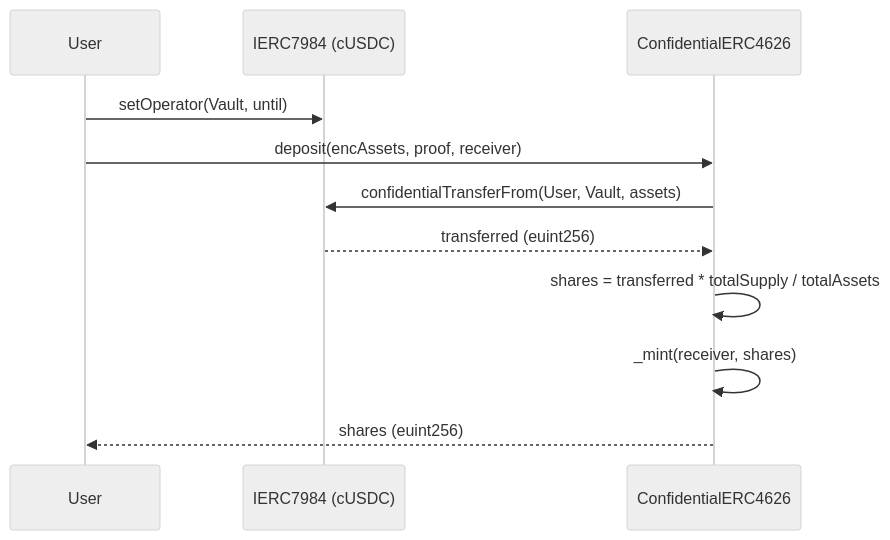
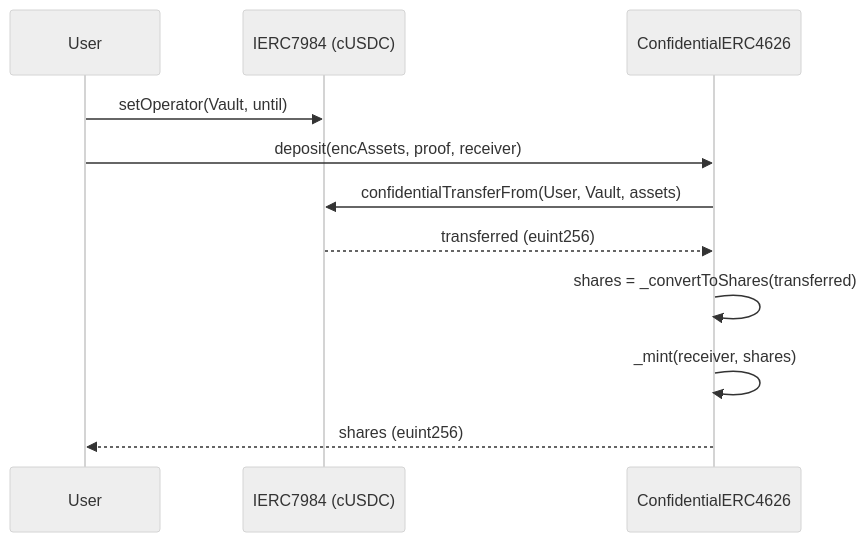
The first of 2 diagrams in cVault/contracts/README.md (iExec-Nox/nox-product-poc), drawn with Mermaid (neutral theme) before and after one commit. The commit also changed other lines of this file and 10 other files, not shown here.

````diff
--- a/cVault/contracts/README.md
+++ b/cVault/contracts/README.md
@@ -50,14 +55,14 @@
 ```mermaid
 sequenceDiagram
     participant User
     participant Asset as IERC7984 (cUSDC)
     participant Vault as ConfidentialERC4626
 
     User->>Asset: setOperator(Vault, until)
     User->>Vault: deposit(encAssets, proof, receiver)
     Vault->>Asset: confidentialTransferFrom(User, Vault, assets)
     Asset-->>Vault: transferred (euint256)
-    Vault->>Vault: shares = transferred * totalSupply / totalAssets
+    Vault->>Vault: shares = _convertToShares(transferred)
     Vault->>Vault: _mint(receiver, shares)
     Vault-->>User: shares (euint256)
 ```
````
